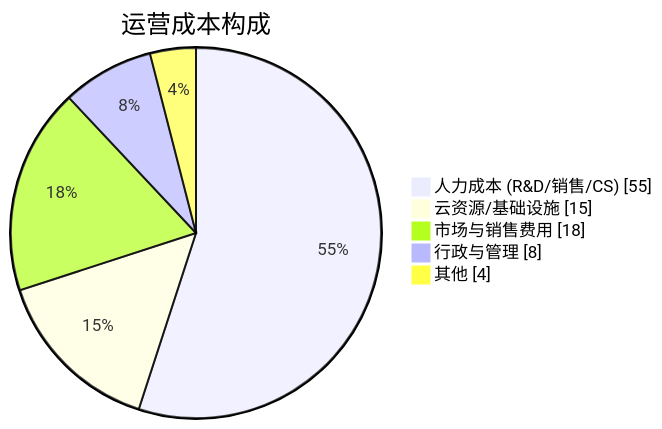
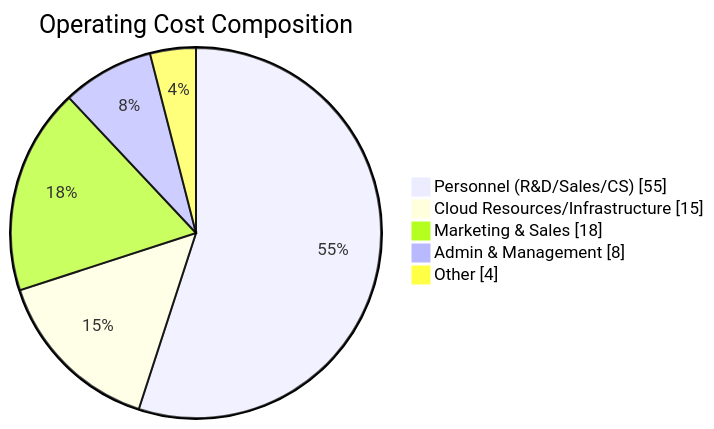
Diagram 12 of 15 in templates/【模板】商业模式文档.md (Kirky-X/cangjie), drawn with Mermaid before and after one commit. The commit also changed other lines of this file and 60 other files, not shown here.

````diff
--- a/templates/【模板】商业模式文档.md
+++ b/templates/【模板】商业模式文档.md
@@ -480,9 +480,9 @@
 ```mermaid
 pie showData
-    title 运营成本构成
-    "人力成本 (R&D/销售/CS)" : 55
-    "云资源/基础设施" : 15
-    "市场与销售费用" : 18
-    "行政与管理" : 8
-    "其他" : 4
+    title Operating Cost Composition
+    "Personnel (R&D/Sales/CS)" : 55
+    "Cloud Resources/Infrastructure" : 15
+    "Marketing & Sales" : 18
+    "Admin & Management" : 8
+    "Other" : 4
 ```
````
